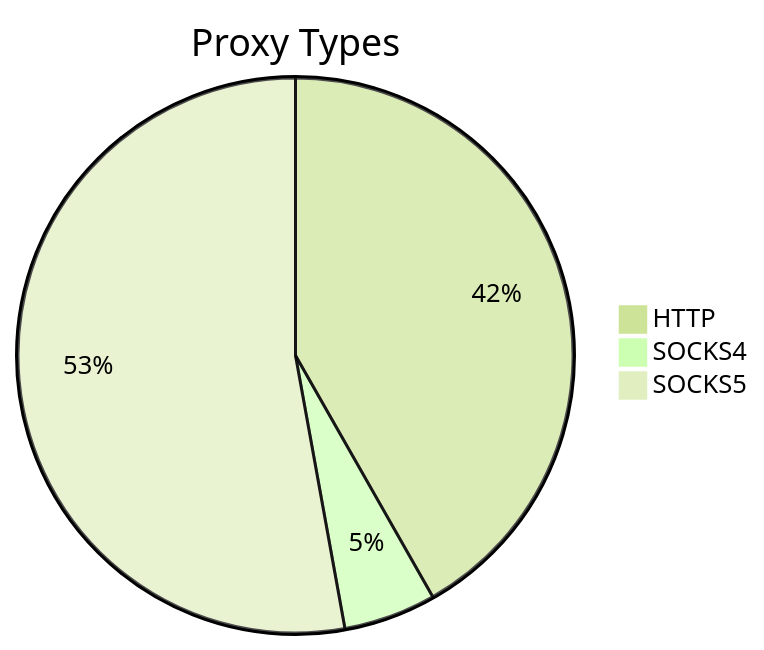
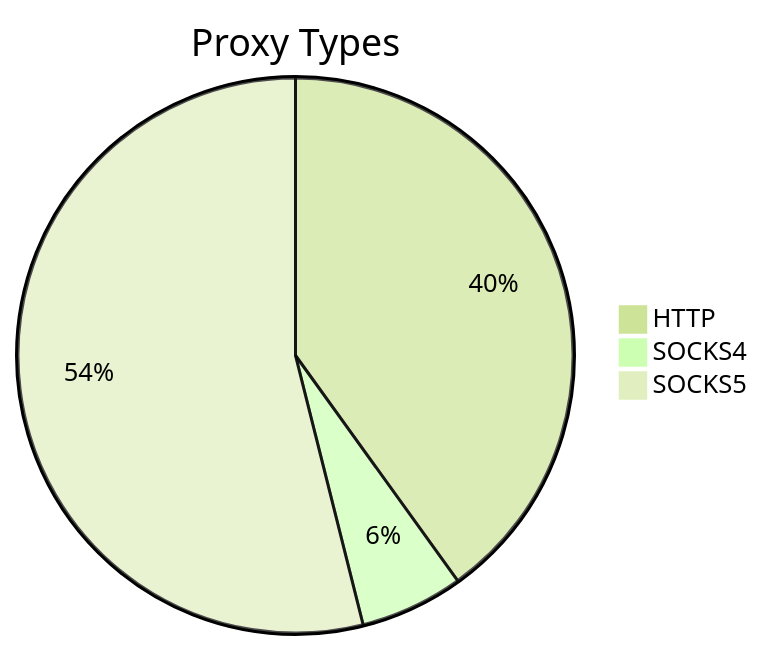
The first of 2 diagrams in README.md (stormsia/proxy-list), drawn with Mermaid (forest theme) before and after one commit. The commit also changed other lines of this file, not shown here.

````diff
--- a/README.md
+++ b/README.md
@@ -21,6 +21,6 @@
 ```mermaid
 pie title Proxy Types
-    "HTTP" : 784
-    "SOCKS4" : 101
-    "SOCKS5" : 992
+    "HTTP" : 573
+    "SOCKS4" : 86
+    "SOCKS5" : 771
 ```
````
